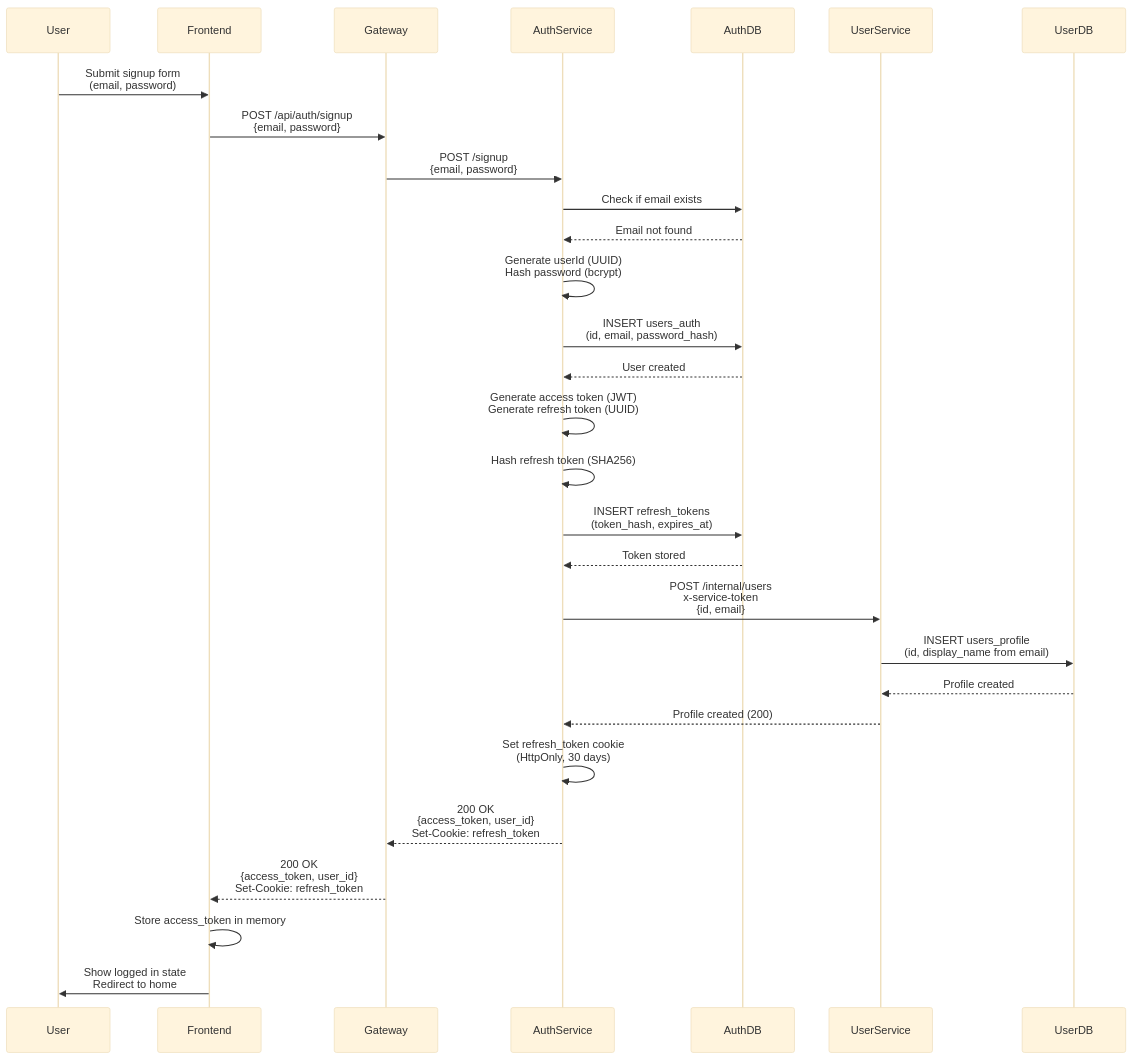
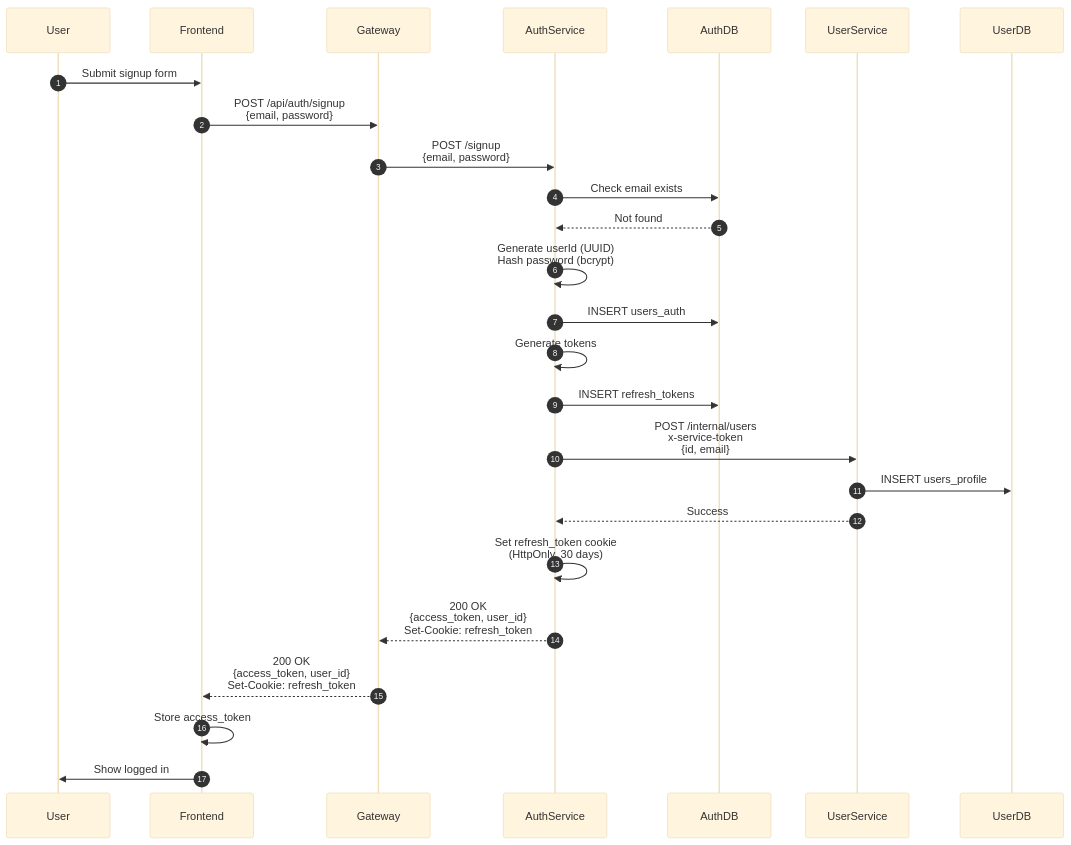
Before and after one commit to sharan-s2k/MyCookbook: the second of 6 diagrams in ARCHITECTURE.md, drawn with Mermaid (base theme). The commit also changed other lines of this file, not shown here.

Commit message:
Updating Architecture Documentation

````diff
--- a/ARCHITECTURE.md
+++ b/ARCHITECTURE.md
@@ -258,37 +457,30 @@
 ```mermaid
 sequenceDiagram
+    autonumber
     participant User
     participant Frontend
     participant Gateway
     participant AuthService
     participant AuthDB
     participant UserService
     participant UserDB
 
-    User->>Frontend: Submit signup form<br/>(email, password)
+    User->>Frontend: Submit signup form
     Frontend->>Gateway: POST /api/auth/signup<br/>{email, password}
     Gateway->>AuthService: POST /signup<br/>{email, password}
     
-    AuthService->>AuthDB: Check if email exists
-    AuthDB-->>AuthService: Email not found
-    
+    AuthService->>AuthDB: Check email exists
+    AuthDB-->>AuthService: Not found
     AuthService->>AuthService: Generate userId (UUID)<br/>Hash password (bcrypt)
-    AuthService->>AuthDB: INSERT users_auth<br/>(id, email, password_hash)
-    AuthDB-->>AuthService: User created
-    
-    AuthService->>AuthService: Generate access token (JWT)<br/>Generate refresh token (UUID)
-    AuthService->>AuthService: Hash refresh token (SHA256)
-    AuthService->>AuthDB: INSERT refresh_tokens<br/>(token_hash, expires_at)
-    AuthDB-->>AuthService: Token stored
-    
+    AuthService->>AuthDB: INSERT users_auth
+    AuthService->>AuthService: Generate tokens
+    AuthService->>AuthDB: INSERT refresh_tokens
     AuthService->>UserService: POST /internal/users<br/>x-service-token<br/>{id, email}
-    UserService->>UserDB: INSERT users_profile<br/>(id, display_name from email)
-    UserDB-->>UserService: Profile created
-    UserService-->>AuthService: Profile created (200)
-    
+    UserService->>UserDB: INSERT users_profile
+    UserService-->>AuthService: Success
     AuthService->>AuthService: Set refresh_token cookie<br/>(HttpOnly, 30 days)
     AuthService-->>Gateway: 200 OK<br/>{access_token, user_id}<br/>Set-Cookie: refresh_token
     Gateway-->>Frontend: 200 OK<br/>{access_token, user_id}<br/>Set-Cookie: refresh_token
-    Frontend->>Frontend: Store access_token in memory
-    Frontend->>User: Show logged in state<br/>Redirect to home
+    Frontend->>Frontend: Store access_token
+    Frontend->>User: Show logged in
 ```
````
